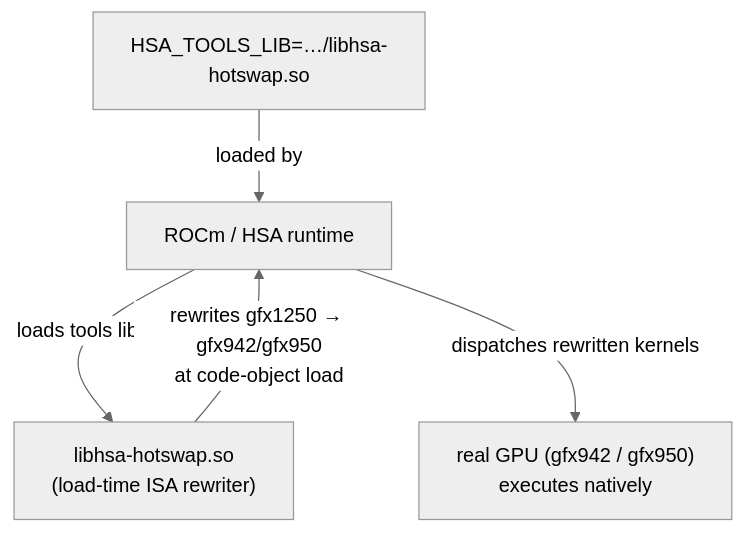
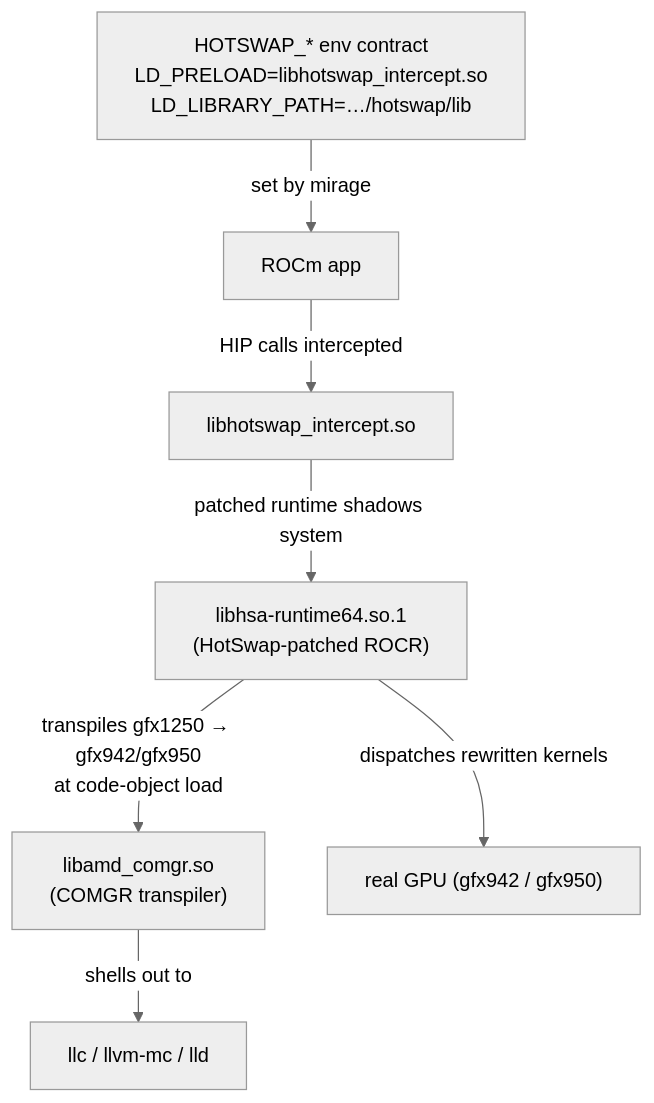
The diagram in emulation/mirage/hotswap/README.md (ROCm/rocm-systems), drawn with Mermaid (neutral theme) before and after one commit. The commit also changed other lines of this file and 5 other files, not shown here.

````diff
--- a/emulation/mirage/hotswap/README.md
+++ b/emulation/mirage/hotswap/README.md
@@ -120,7 +133,9 @@
 ```mermaid
 flowchart TD
-    ENV["HSA_TOOLS_LIB=…/libhsa-hotswap.so"] -->|loaded by| HSA
-    HSA["ROCm / HSA runtime"] -->|loads tools lib| HS["libhsa-hotswap.so<br/>(load-time ISA rewriter)"]
-    HS -->|rewrites gfx1250 → gfx942/gfx950<br/>at code-object load| HSA
-    HSA -->|dispatches rewritten kernels| GPU["real GPU (gfx942 / gfx950)<br/>executes natively"]
+    ENV["HOTSWAP_* env contract<br/>LD_PRELOAD=libhotswap_intercept.so<br/>LD_LIBRARY_PATH=…/hotswap/lib"] -->|set by mirage| APP
+    APP["ROCm app"] -->|HIP calls intercepted| INT["libhotswap_intercept.so"]
+    INT -->|patched runtime shadows system| ROCR["libhsa-runtime64.so.1<br/>(HotSwap-patched ROCR)"]
+    ROCR -->|transpiles gfx1250 → gfx942/gfx950<br/>at code-object load| COMGR["libamd_comgr.so<br/>(COMGR transpiler)"]
+    COMGR -->|shells out to| TOOLS["llc / llvm-mc / lld"]
+    ROCR -->|dispatches rewritten kernels| GPU["real GPU (gfx942 / gfx950)"]
 ```
````
